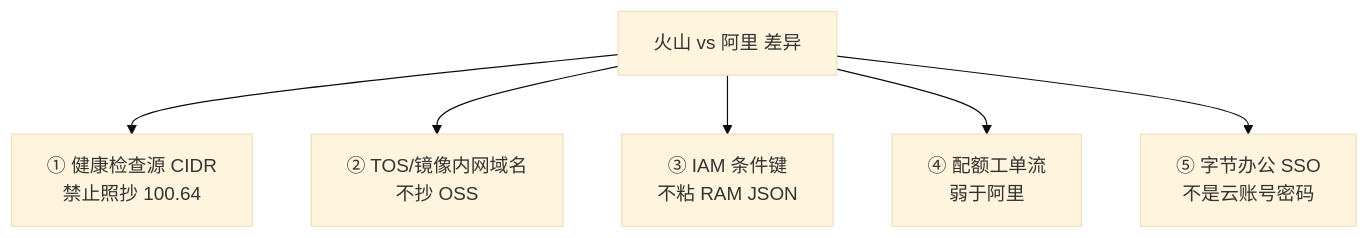
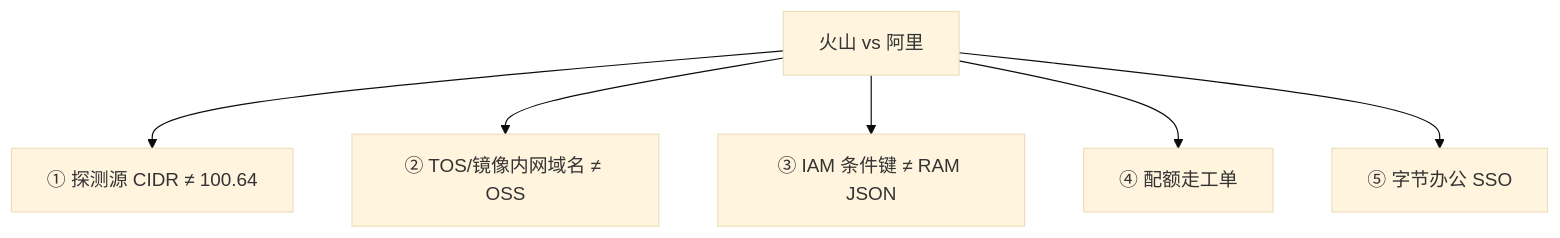
One commit to ml-cuizijun/LearnToLilith changed the third of 5 diagrams in 06-云平台/08-火山引擎生产/知识点.md. Above: the diagram before and after it, drawn with Mermaid (base theme). The commit also changed other lines of this file and 178 other files, not shown here.

````diff
--- a/06-云平台/08-火山引擎生产/知识点.md
+++ b/06-云平台/08-火山引擎生产/知识点.md
@@ -228,8 +200,8 @@
 ```mermaid
 flowchart TB
-    D["火山 vs 阿里 差异"] --> D1["① 健康检查源 CIDR<br/>禁止照抄 100.64"]
-    D --> D2["② TOS/镜像内网域名<br/>不抄 OSS"]
-    D --> D3["③ IAM 条件键<br/>不粘 RAM JSON"]
-    D --> D4["④ 配额工单流<br/>弱于阿里"]
-    D --> D5["⑤ 字节办公 SSO<br/>不是云账号密码"]
+    D["火山 vs 阿里"] --> D1["① 探测源 CIDR ≠ 100.64"]
+    D --> D2["② TOS/镜像内网域名 ≠ OSS"]
+    D --> D3["③ IAM 条件键 ≠ RAM JSON"]
+    D --> D4["④ 配额走工单"]
+    D --> D5["⑤ 字节办公 SSO"]
 ```
````
